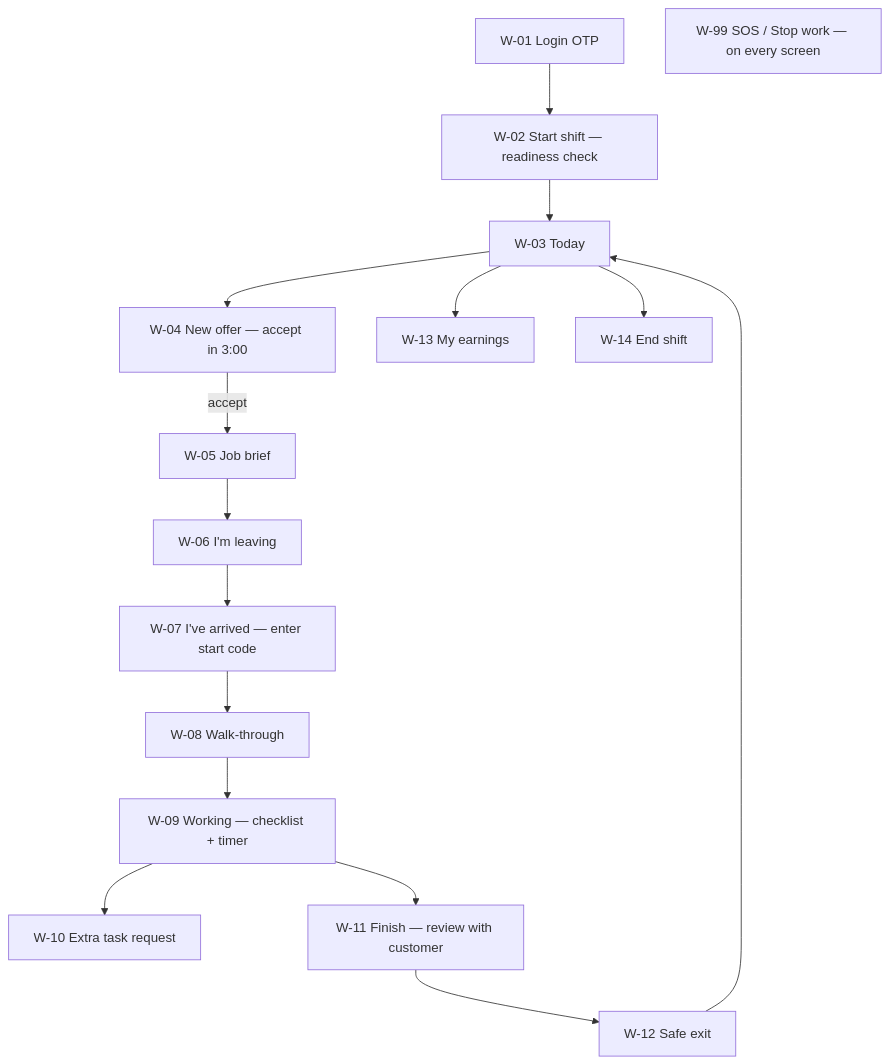
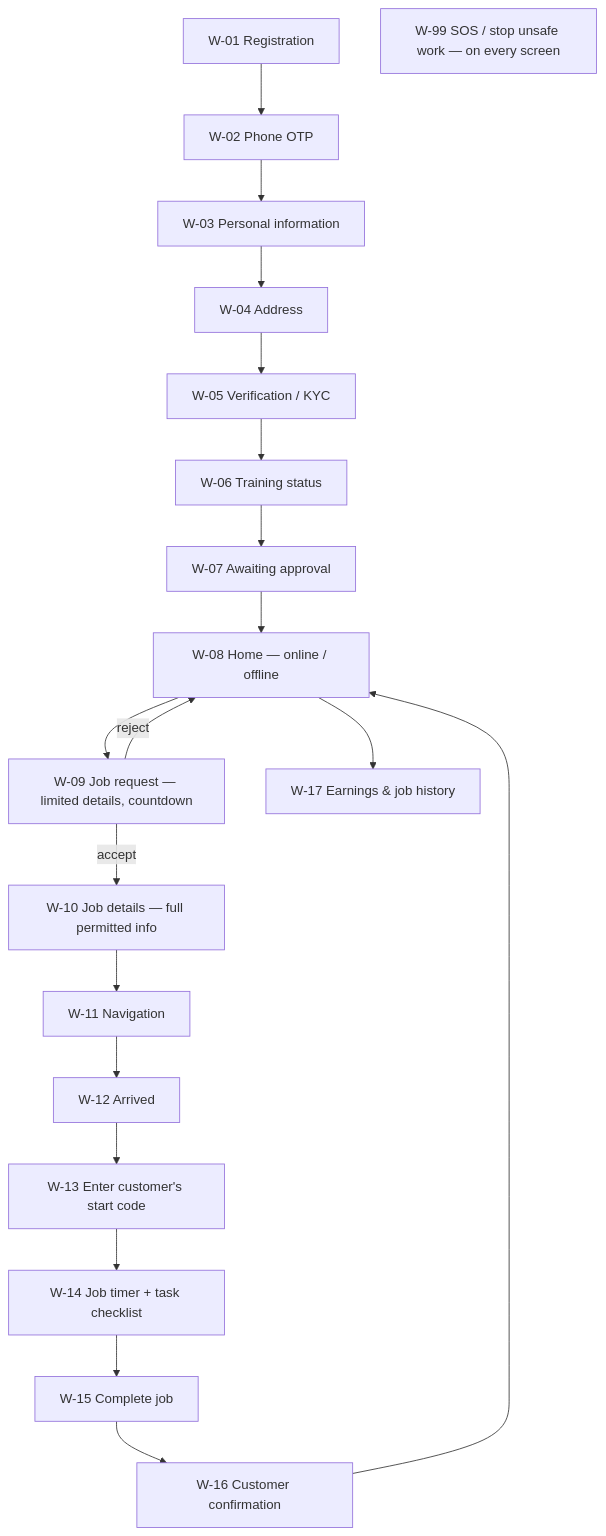
The second of 2 diagrams in docs/02-ui-ux-screen-map.md (Sanjays996600/Onetappe), drawn with Mermaid before and after one commit. The commit also changed other lines of this file and 3 other files, not shown here.

````diff
--- a/docs/02-ui-ux-screen-map.md
+++ b/docs/02-ui-ux-screen-map.md
@@ -85,18 +88,22 @@
 ```mermaid
 flowchart TD
-    W01[W-01 Login OTP] --> W02[W-02 Start shift — readiness check]
-    W02 --> W03[W-03 Today]
-    W03 --> W04[W-04 New offer — accept in 3:00]
-    W04 -- accept --> W05[W-05 Job brief]
-    W05 --> W06[W-06 I'm leaving]
-    W06 --> W07[W-07 I've arrived — enter start code]
-    W07 --> W08[W-08 Walk-through]
-    W08 --> W09[W-09 Working — checklist + timer]
-    W09 --> W10[W-10 Extra task request]
-    W09 --> W11[W-11 Finish — review with customer]
-    W11 --> W12[W-12 Safe exit]
-    W12 --> W03
-    W03 --> W13[W-13 My earnings]
-    W03 --> W14[W-14 End shift]
-    SOS[W-99 SOS / Stop work — on every screen]
+    W01[W-01 Registration] --> W02[W-02 Phone OTP]
+    W02 --> W03[W-03 Personal information]
+    W03 --> W04[W-04 Address]
+    W04 --> W05[W-05 Verification / KYC]
+    W05 --> W06[W-06 Training status]
+    W06 --> W07[W-07 Awaiting approval]
+    W07 --> W08[W-08 Home — online / offline]
+    W08 --> W09[W-09 Job request — limited details, countdown]
+    W09 -- reject --> W08
+    W09 -- accept --> W10[W-10 Job details — full permitted info]
+    W10 --> W11[W-11 Navigation]
+    W11 --> W12[W-12 Arrived]
+    W12 --> W13[W-13 Enter customer's start code]
+    W13 --> W14[W-14 Job timer + task checklist]
+    W14 --> W15[W-15 Complete job]
+    W15 --> W16[W-16 Customer confirmation]
+    W16 --> W08
+    W08 --> W17[W-17 Earnings & job history]
+    SOS[W-99 SOS / stop unsafe work — on every screen]
 ```
````
